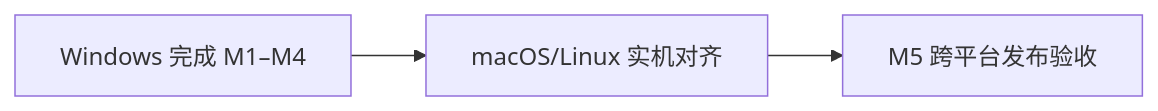
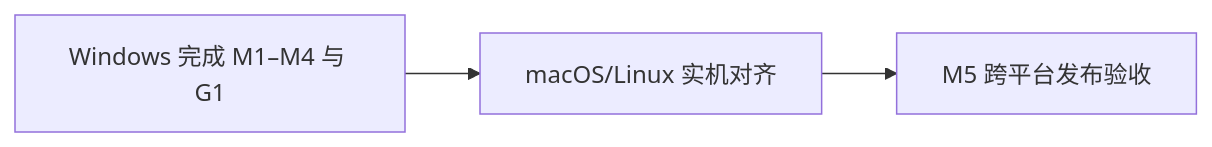
The diagram in docs/milestones/0.3.0/cross-platform-alignment.md (SkyJourney/cli-launchpad), drawn with Mermaid before and after one commit. The commit also changed other lines of this file and 55 other files, not shown here.

````diff
--- a/docs/milestones/0.3.0/cross-platform-alignment.md
+++ b/docs/milestones/0.3.0/cross-platform-alignment.md
@@ -11,4 +11,4 @@
 ```mermaid
 flowchart LR
-    win["Windows 完成 M1–M4"] --> align["macOS/Linux 实机对齐"] --> m5["M5 跨平台发布验收"]
+    win["Windows 完成 M1–M4 与 G1"] --> align["macOS/Linux 实机对齐"] --> m5["M5 跨平台发布验收"]
 ```
````
